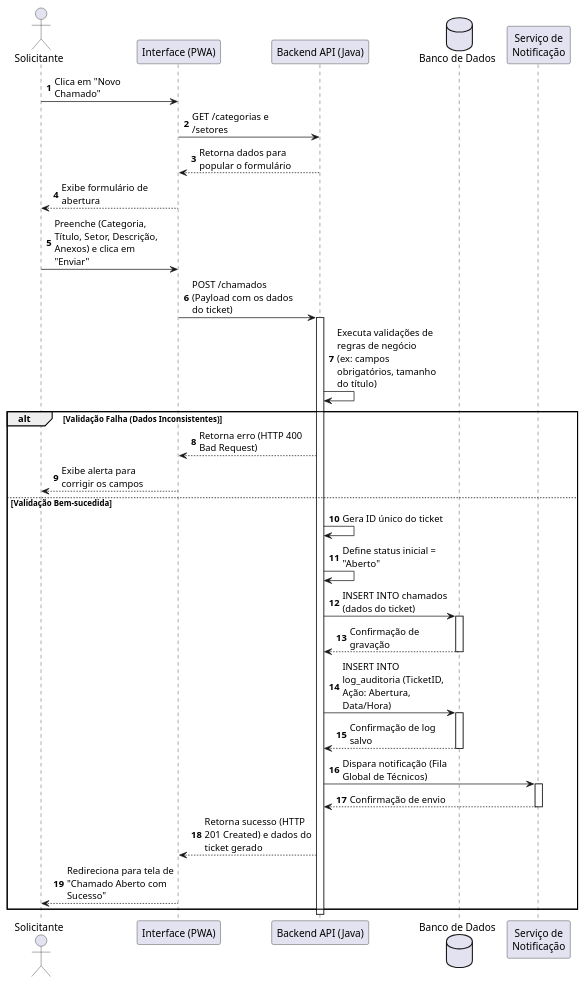
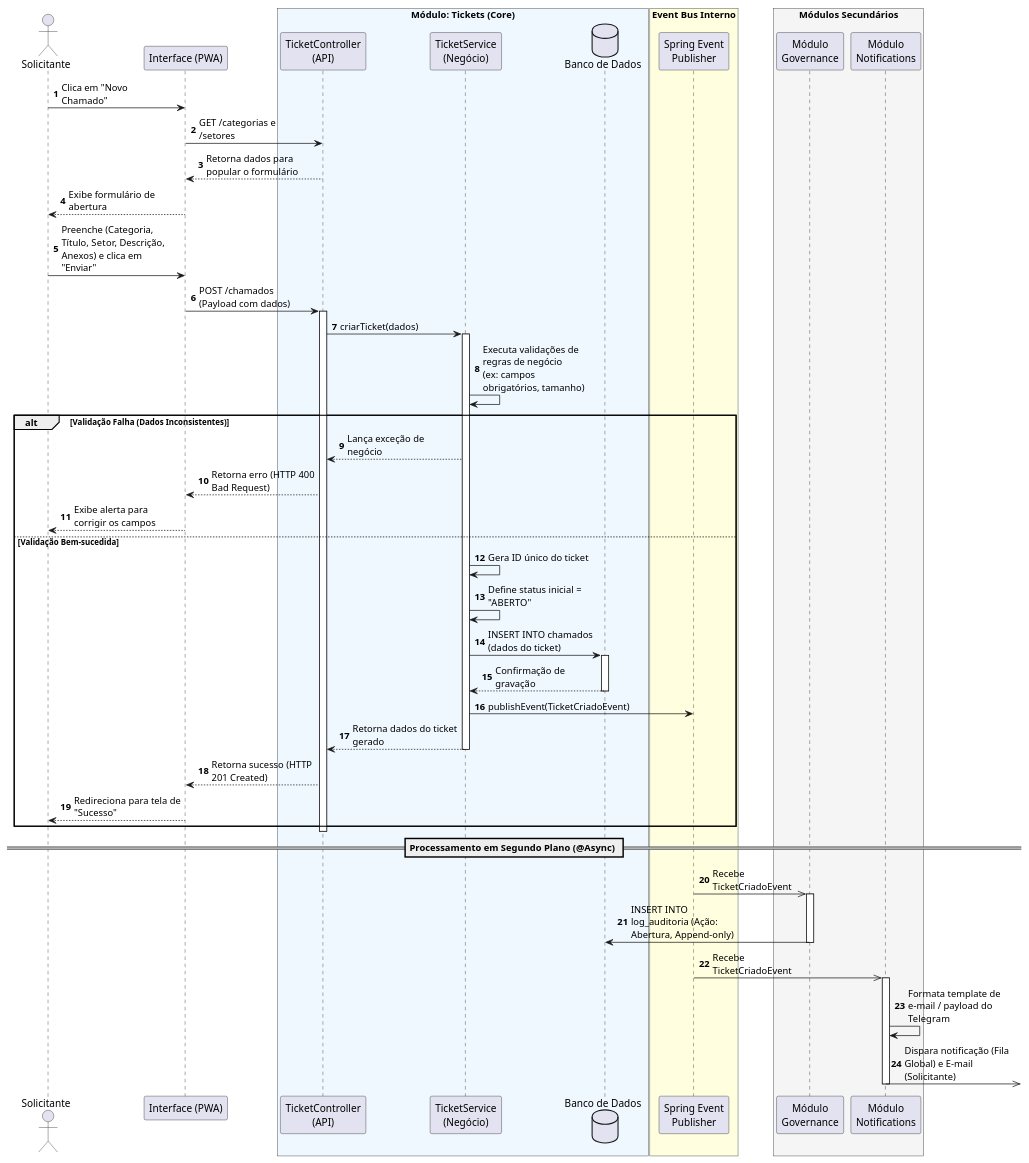
Before and after one commit to marciuuu/rIT-help-desk: the diagram in docs/use-case-uml/case1.puml, drawn with PlantUML. The commit also changed 13 other files, not shown here.

```diff
--- a/docs/use-case-uml/case1.puml
+++ b/docs/use-case-uml/case1.puml
@@ -1,59 +1,86 @@
 @startuml
 ' Configurações visuais
 skinparam maxMessageSize 150
 skinparam handwritten false
 skinparam responseMessageBelowArrow true
 autonumber
 
-' Atores e Participantes
+' Atores e Interface
 actor "Solicitante" as user
 participant "Interface (PWA)" as pwa
-participant "Backend API (Java)" as api
-database "Banco de Dados" as db
-participant "Serviço de\nNotificação" as notif
+
+' Representação do Monólito Modular (Pacote por Componente)
+box "Módulo: Tickets (Core)" #F0F8FF
+    participant "TicketController\n(API)" as api
+    participant "TicketService\n(Negócio)" as service
+    database "Banco de Dados" as db
+end box
+
+box "Event Bus Interno" #FFFFE0
+    participant "Spring Event\nPublisher" as eventBus
+end box
+
+box "Módulos Secundários" #F5F5F5
+    participant "Módulo\nGovernance" as gov
+    participant "Módulo\nNotifications" as notif
+end box
 
 ' Início do Fluxo
 user -> pwa : Clica em "Novo Chamado"
 pwa -> api : GET /categorias e /setores
 api --> pwa : Retorna dados para popular o formulário
 pwa --> user : Exibe formulário de abertura
 
 user -> pwa : Preenche (Categoria, Título, Setor, Descrição, Anexos) e clica em "Enviar"
-pwa -> api : POST /chamados (Payload com os dados do ticket)
+pwa -> api : POST /chamados (Payload com dados)
 
 activate api
+api -> service : criarTicket(dados)
+activate service
+
 ' Bloco de Validação
-api -> api : Executa validações de regras de negócio\n(ex: campos obrigatórios, tamanho do título)
+service -> service : Executa validações de regras de negócio\n(ex: campos obrigatórios, tamanho)
 
 alt Validação Falha (Dados Inconsistentes)
+    service --> api : Lança exceção de negócio
     api --> pwa : Retorna erro (HTTP 400 Bad Request)
     pwa --> user : Exibe alerta para corrigir os campos
 else Validação Bem-sucedida
-    api -> api : Gera ID único do ticket
-    api -> api : Define status inicial = "Aberto"
+    service -> service : Gera ID único do ticket
+    service -> service : Define status inicial = "ABERTO"
     
-    ' Persistência de Dados
-    api -> db : INSERT INTO chamados (dados do ticket)
+    ' Persistência de Dados (Transação Principal)
+    service -> db : INSERT INTO chamados (dados do ticket)
     activate db
-    db --> api : Confirmação de gravação
+    db --> service : Confirmação de gravação
     deactivate db
     
-    ' Trilha de Auditoria
-    api -> db : INSERT INTO log_auditoria (TicketID, Ação: Abertura, Data/Hora)
-    activate db
-    db --> api : Confirmação de log salvo
-    deactivate db
+    ' Disparo do Evento de Domínio (Desacoplamento)
+    service -> eventBus : publishEvent(TicketCriadoEvent)
     
-    ' Disparo de Notificações
-    api -> notif : Dispara notificação (Fila Global de Técnicos)
-    activate notif
-    notif --> api : Confirmação de envio
-    deactivate notif
+    ' Retorno IMEDIATO para o usuário
+    service --> api : Retorna dados do ticket gerado
+    deactivate service
     
-    ' Retorno para o usuário
-    api --> pwa : Retorna sucesso (HTTP 201 Created) e dados do ticket gerado
-    pwa --> user : Redireciona para tela de "Chamado Aberto com Sucesso"
+    api --> pwa : Retorna sucesso (HTTP 201 Created)
+    pwa --> user : Redireciona para tela de "Sucesso"
 end
 deactivate api
 
+' ==========================================
+' PROCESSAMENTO ASSÍNCRONO (EM SEGUNDO PLANO)
+' ==========================================
+== Processamento em Segundo Plano (@Async) ==
+
+eventBus ->> gov : Recebe TicketCriadoEvent
+activate gov
+gov -> db : INSERT INTO log_auditoria (Ação: Abertura, Append-only)
+deactivate gov
+
+eventBus ->> notif : Recebe TicketCriadoEvent
+activate notif
+notif -> notif : Formata template de e-mail / payload do Telegram
+notif ->> : Dispara notificação (Fila Global) e E-mail (Solicitante)
+deactivate notif
+
 @enduml
```
